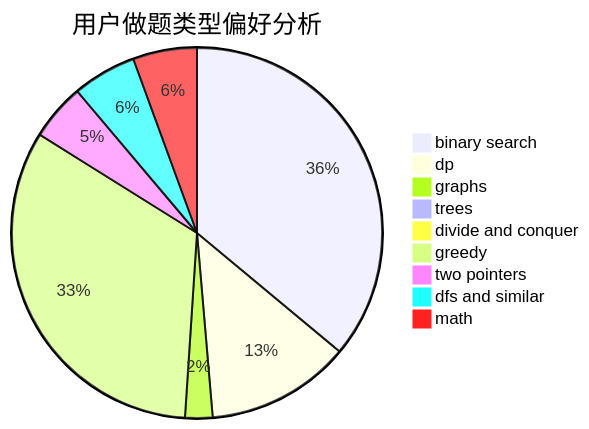
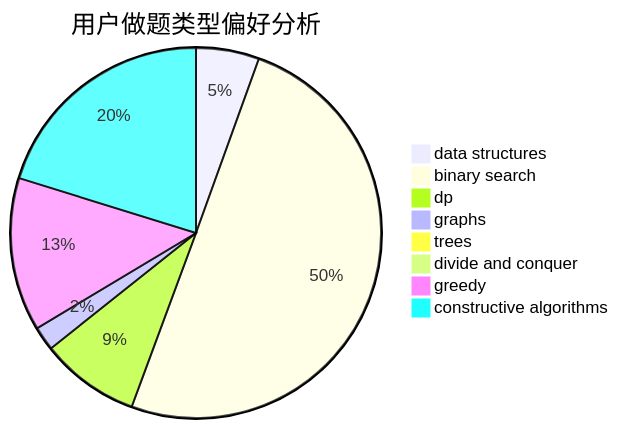
Before and after one commit to sherpahu/cfrs.github.io: the second of 3 diagrams in docs/user/u2031.md, drawn with Mermaid. The commit also changed other lines of this file and 2775 other files, not shown here.

````diff
--- a/docs/user/u2031.md
+++ b/docs/user/u2031.md
@@ -23,12 +23,11 @@
 ```mermaid
 pie title 用户做题类型偏好分析
-    "binary search" :  226
-    "dp" :  79
-    "graphs" :  15
+    "data structures" :  21
+    "binary search" :  191
+    "dp" :  33
+    "graphs" :  8
     "trees" :  3
     "divide and conquer" :  0
-    "greedy" :  206
-    "two pointers" :  31
-    "dfs and similar" :  35
-    "math" :  35
+    "greedy" :  51
+    "constructive algorithms" :  77
 ```
````
